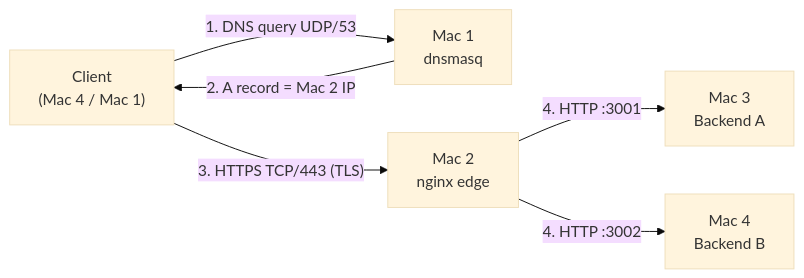
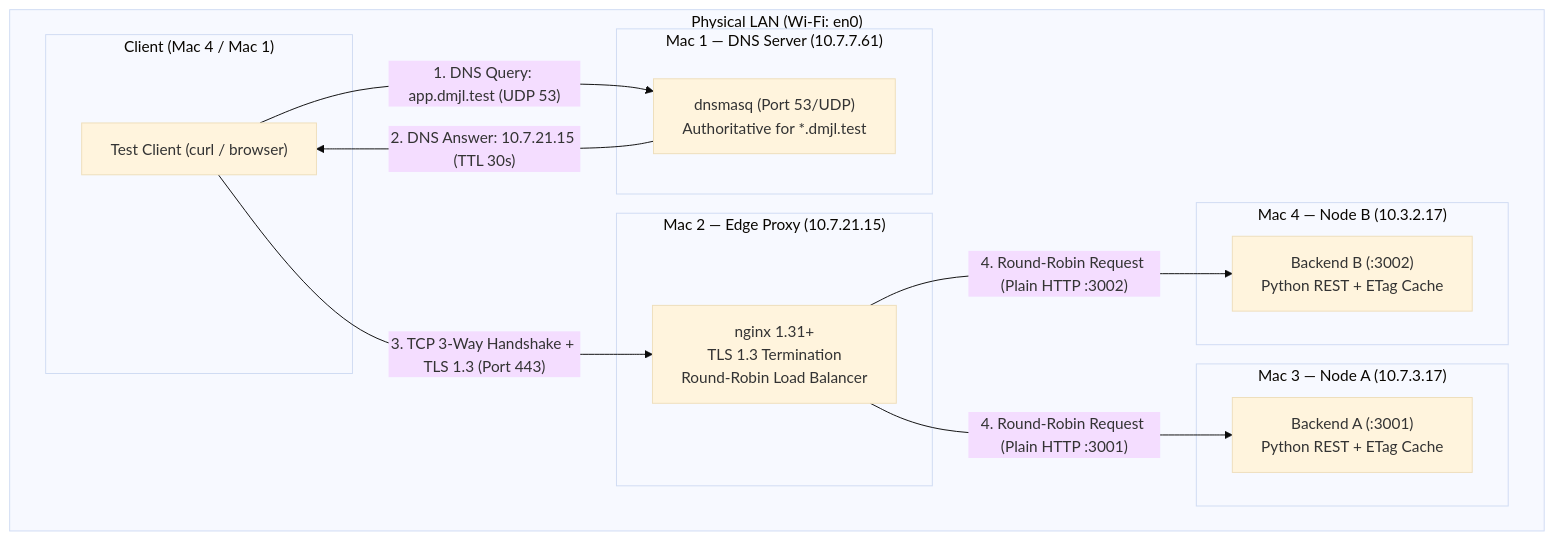
The first of 2 diagrams in README.md (Dhanvin1520/dmjl-port-cn-project), drawn with Mermaid (base theme) before and after one commit. The commit also changed other lines of this file and 2 other files, not shown here.

Commit message:
docs: finalize architecture documentation, topology matrix, and Phase 1 submission index

````diff
--- a/README.md
+++ b/README.md
@@ -29,8 +35,30 @@
 ```mermaid
-flowchart LR
-    C["Client<br/>(Mac 4 / Mac 1)"] -- "1. DNS query UDP/53" --> D["Mac 1<br/>dnsmasq"]
-    D -- "2. A record = Mac 2 IP" --> C
-    C -- "3. HTTPS TCP/443 (TLS)" --> N["Mac 2<br/>nginx edge"]
-    N -- "4. HTTP :3001" --> A["Mac 3<br/>Backend A"]
-    N -- "4. HTTP :3002" --> B["Mac 4<br/>Backend B"]
+flowchart TD
+    subgraph LAN["Physical LAN (Wi-Fi: en0)"]
+        subgraph ClientNode["Client (Mac 4 / Mac 1)"]
+            Client["Test Client (curl / browser)"]
+        end
+
+        subgraph DNSNode["Mac 1 — DNS Server (10.7.7.61)"]
+            DNS["dnsmasq (Port 53/UDP)<br/>Authoritative for *.dmjl.test"]
+        end
+
+        subgraph EdgeNode["Mac 2 — Edge Proxy (10.7.21.15)"]
+            NGINX["nginx 1.31+<br/>TLS 1.3 Termination<br/>Round-Robin Load Balancer"]
+        end
+
+        subgraph BackendA["Mac 3 — Node A (10.7.3.17)"]
+            ServerA["Backend A (:3001)<br/>Python REST + ETag Cache"]
+        end
+
+        subgraph BackendB["Mac 4 — Node B (10.3.2.17)"]
+            ServerB["Backend B (:3002)<br/>Python REST + ETag Cache"]
+        end
+    end
+
+    Client -- "1. DNS Query: app.dmjl.test (UDP 53)" --> DNS
+    DNS -- "2. DNS Answer: 10.7.21.15 (TTL 30s)" --> Client
+    Client -- "3. TCP 3-Way Handshake + TLS 1.3 (Port 443)" --> NGINX
+    NGINX -- "4. Round-Robin Request (Plain HTTP :3001)" --> ServerA
+    NGINX -- "4. Round-Robin Request (Plain HTTP :3002)" --> ServerB
 ```
````
